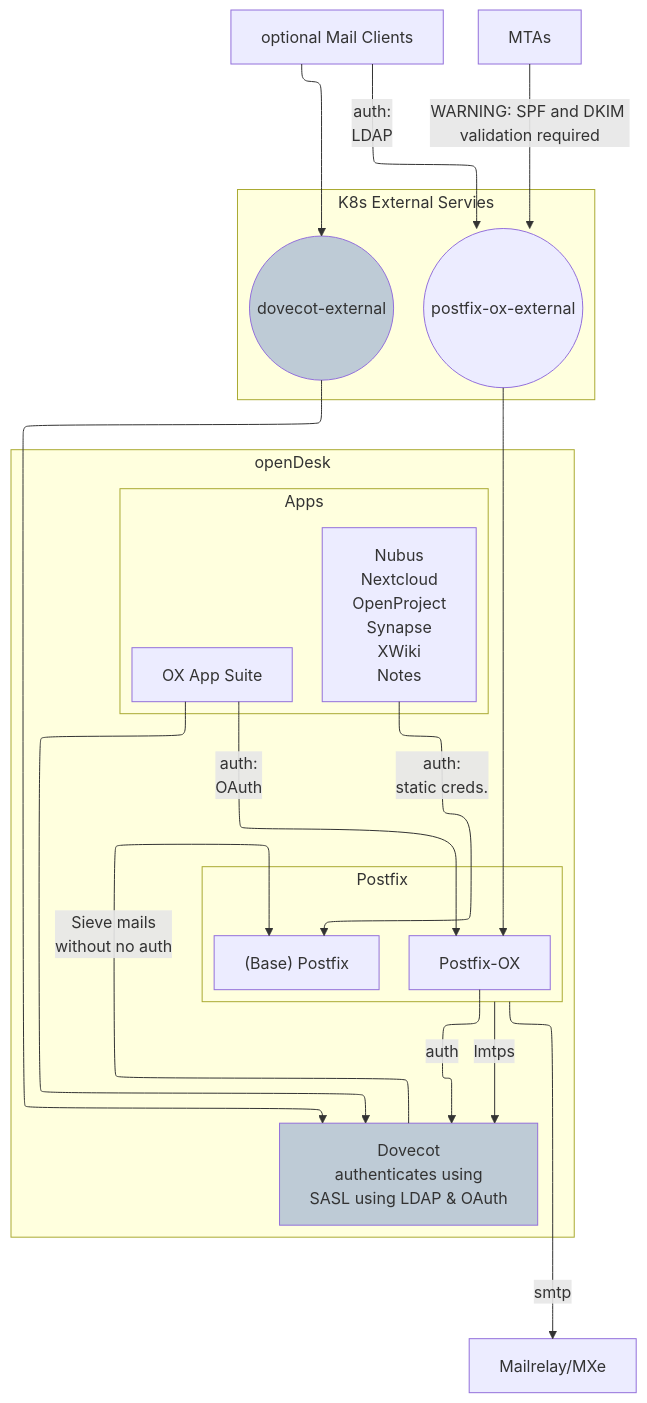
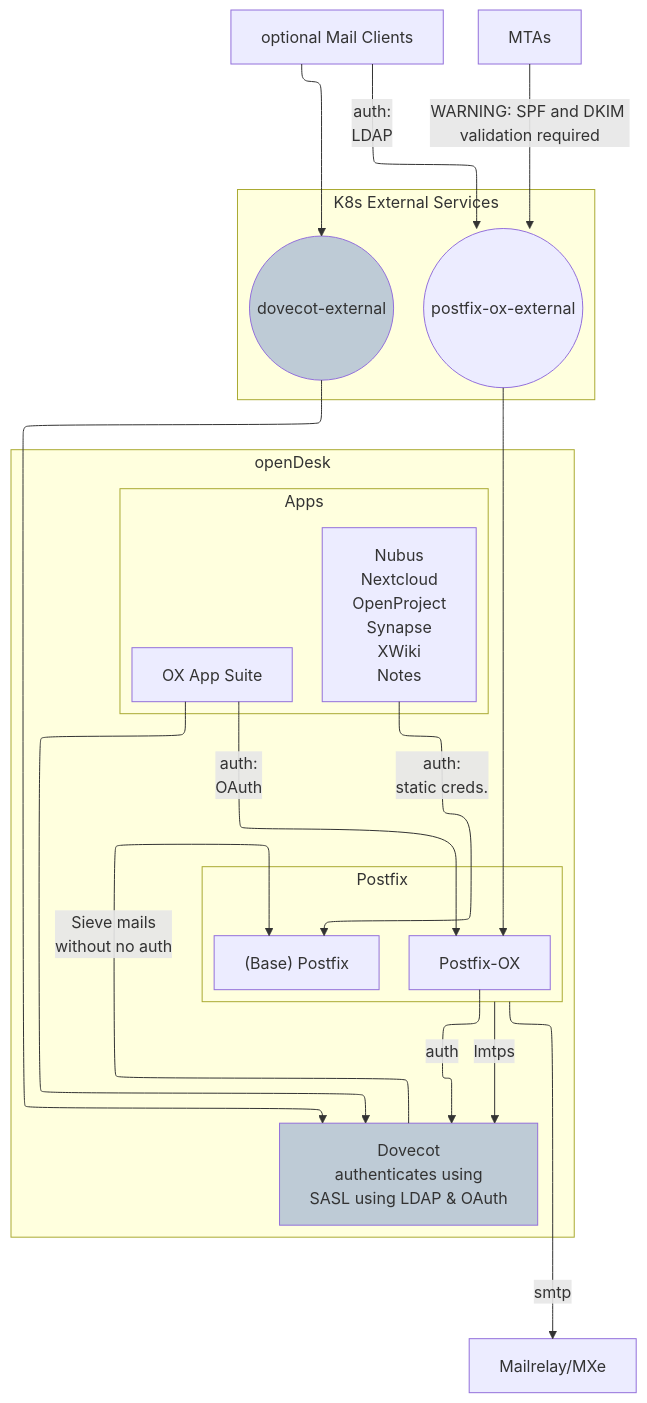
One commit to tobias-weiss-ai-xr/opendesk-edu changed the fifth of 5 diagrams in docs/architecture.md. Above: the diagram before and after it, drawn with Mermaid. The commit also changed other lines of this file and 8 other files, not shown here.

````diff
--- a/docs/architecture.md
+++ b/docs/architecture.md
@@ -369,47 +381,47 @@
 ```mermaid
 flowchart-elk
 
 extClient[optional Mail Clients]
 extRelay[Mailrelay/MXe]
 extMTA[MTAs]
 
-subgraph extSvc[K8s External Servies]
+subgraph extSvc[K8s External Services]
     extSvcDC((dovecot-external))
     extSvcPF((postfix-ox-external))
 end
 
 subgraph openDesk
     subgraph Apps
         AppsOther[Nubus<br>Nextcloud<br>OpenProject<br>Synapse<br>XWiki<br>Notes]
         AppsOXAS[OX App Suite]
     end
     subgraph Postfix
         PostfixBase[#40;Base#41; Postfix]
         PostfixOX[Postfix-OX]
     end
     Dovecot[Dovecot<br>authenticates using<br>SASL using LDAP & OAuth]
     Dovecot -->|Sieve mails<br>without no auth| PostfixBase
     PostfixOX -->|auth|Dovecot
 end
 
 Postfix -->|lmtps| Dovecot
 Postfix -->|smtp| extRelay
 
 extSvcDC --> Dovecot
 extSvcPF --> PostfixOX
 
 AppsOther -->|auth:<br>static creds.| PostfixBase
 AppsOXAS --> Dovecot
 AppsOXAS -->|auth:<br>OAuth| PostfixOX
 
 extClient --> extSvcDC
 extMTA -->|WARNING: SPF and DKIM validation required| extSvcPF
 extClient -->|auth:<br>LDAP| extSvcPF
 
 classDef postfix fill:#85extMTA9C;
 class PostfixBase postfix;
 classDef postfix-ox fill:#F3E5Dovecot;
 class PostfixOX,extSvcPF postfix-ox;
 classDef dovecot fill:#BECBD6;
 class Dovecot,extSvcDC dovecot;
 ```
````
